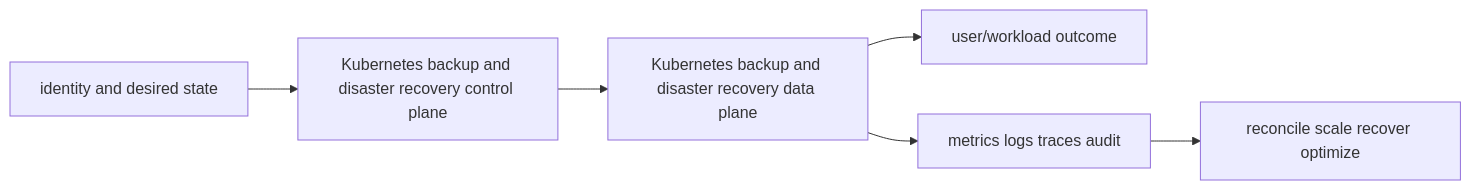
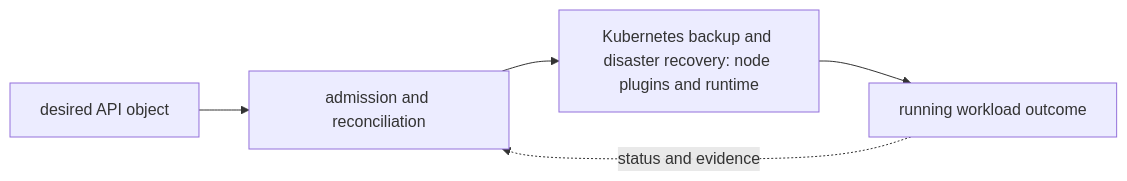
The diagram in 06-kubernetes/08-operations/03-backup-dr-etcd/README.md (tomkidumbuyo/DevOps-interview-preparation), drawn with Mermaid before and after one commit. The commit also changed other lines of this file and 753 other files, not shown here.

````diff
--- a/06-kubernetes/08-operations/03-backup-dr-etcd/README.md
+++ b/06-kubernetes/08-operations/03-backup-dr-etcd/README.md
@@ -19,8 +31,7 @@
 ```mermaid
 flowchart LR
-  I[identity and desired state] --> C[Kubernetes backup and disaster recovery control plane]
-  C --> D[Kubernetes backup and disaster recovery data plane]
-  D --> U[user/workload outcome]
-  D --> O[metrics logs traces audit]
-  O --> R[reconcile scale recover optimize]
+  A["desired API object"] --> B["admission and reconciliation"]
+  B --> C["Kubernetes backup and disaster recovery: node plugins and runtime"]
+  C --> D["running workload outcome"]
+  D -. "status and evidence" .-> B
 ```
````
